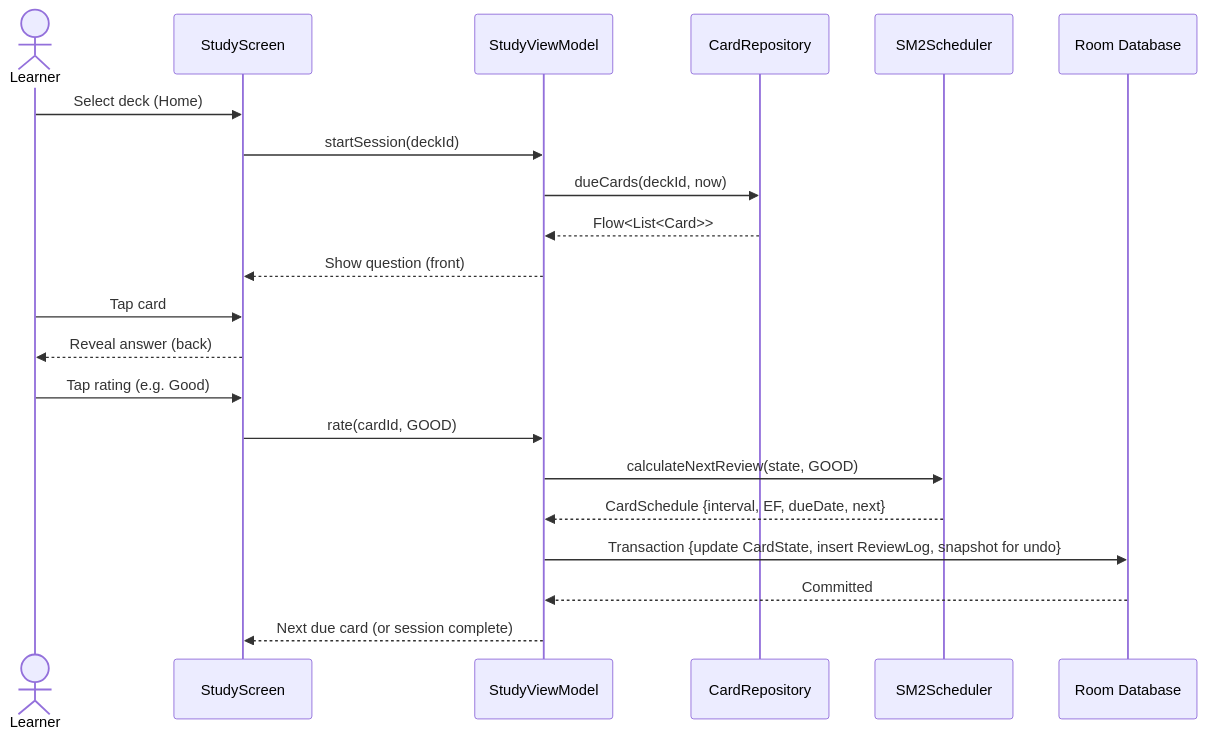
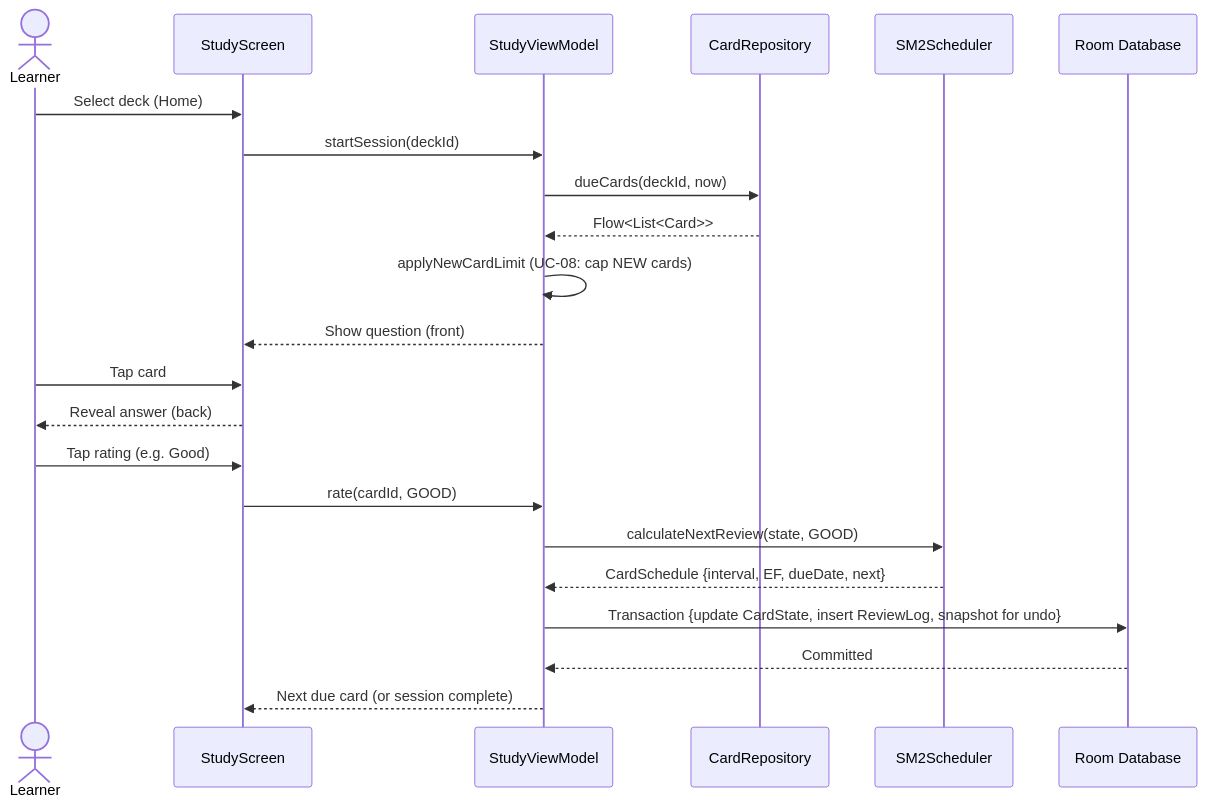
Before and after one commit to patbaumgartner/spaced-repeater-android: the second of 4 diagrams in docs/arc42/06-runtime-view.md, drawn with Mermaid. The commit also changed 18 other files, not shown here.

First line of the commit message:
Add daily new-card limit (UC-08, Anki-style)

````diff
--- a/docs/arc42/06-runtime-view.md
+++ b/docs/arc42/06-runtime-view.md
@@ -39,26 +39,27 @@
 ```mermaid
 sequenceDiagram
     actor L as Learner
     participant SS as StudyScreen
     participant SVM as StudyViewModel
     participant Repo as CardRepository
     participant SM2 as SM2Scheduler
     participant DB as Room Database
 
     L->>SS: Select deck (Home)
     SS->>SVM: startSession(deckId)
     SVM->>Repo: dueCards(deckId, now)
     Repo-->>SVM: Flow<List<Card>>
+    SVM->>SVM: applyNewCardLimit (UC-08: cap NEW cards)
     SVM-->>SS: Show question (front)
 
     L->>SS: Tap card
     SS-->>L: Reveal answer (back)
 
     L->>SS: Tap rating (e.g. Good)
     SS->>SVM: rate(cardId, GOOD)
     SVM->>SM2: calculateNextReview(state, GOOD)
     SM2-->>SVM: CardSchedule {interval, EF, dueDate, next}
     SVM->>DB: Transaction {update CardState, insert ReviewLog, snapshot for undo}
     DB-->>SVM: Committed
     SVM-->>SS: Next due card (or session complete)
 ```
````
